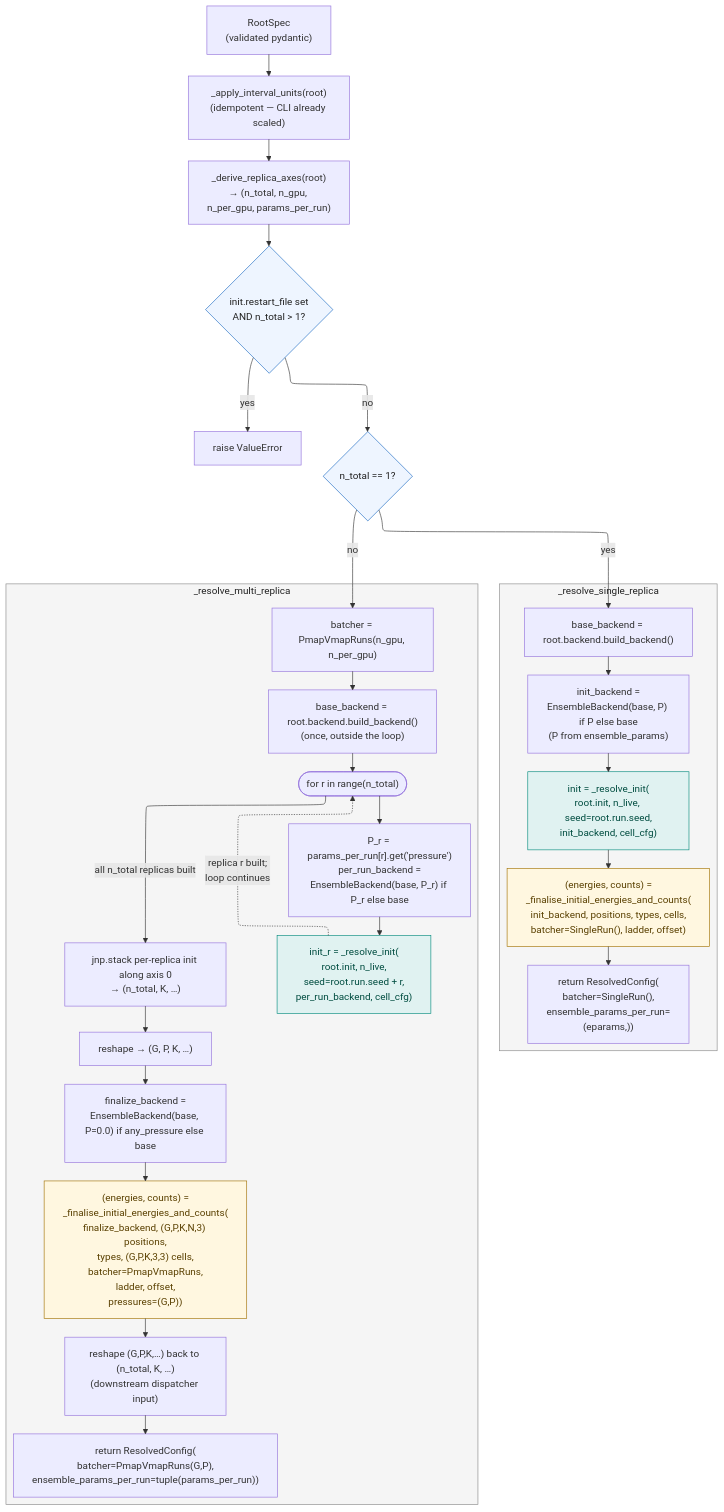
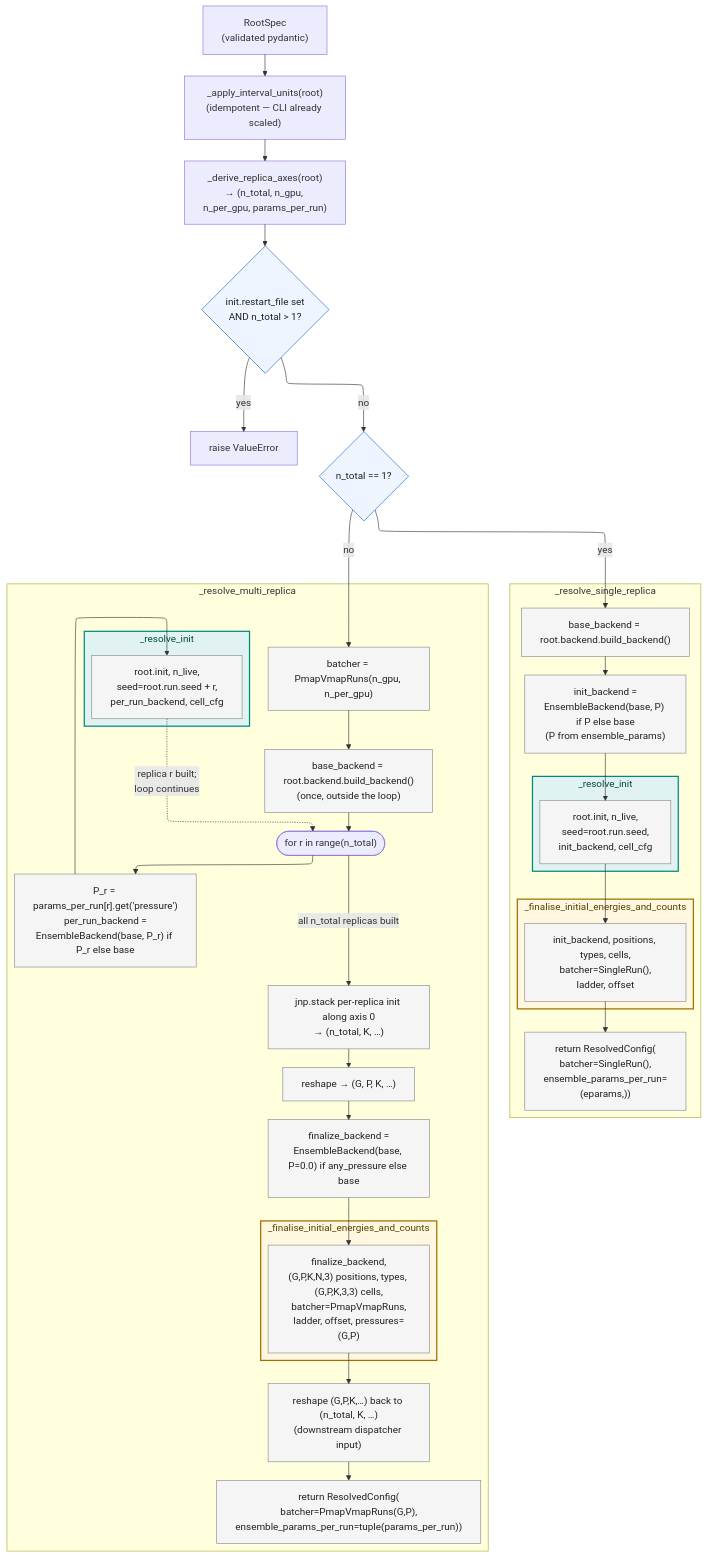
One commit to nunglert/jaxrens changed the fifth of 5 diagrams in docs/user/concepts/schema_resolve.md. Above: the diagram before and after it, drawn with Mermaid. The commit also changed other lines of this file and 13 other files, not shown here.

````diff
--- a/docs/user/concepts/schema_resolve.md
+++ b/docs/user/concepts/schema_resolve.md
@@ -258,10 +262,14 @@
         direction TB
         S1["base_backend = root.backend.build_backend()"]
         S2["init_backend =<br>EnsembleBackend(base, P) if P else base<br>(P from ensemble_params)"]
-        S3["init = _resolve_init(<br>root.init, n_live, seed=root.run.seed,<br>init_backend, cell_cfg)"]
-        S4["(energies, counts) =<br>_finalise_initial_energies_and_counts(<br>init_backend, positions, types, cells,<br>batcher=SingleRun(), ladder, offset)"]
+        subgraph S3box["_resolve_init"]
+            S3in["root.init, n_live,<br>seed=root.run.seed,<br>init_backend, cell_cfg"]
+        end
+        subgraph S4box["_finalise_initial_energies_and_counts"]
+            S4in["init_backend, positions, types, cells,<br>batcher=SingleRun(),<br>ladder, offset"]
+        end
         S5["return ResolvedConfig(<br>batcher=SingleRun(),<br>ensemble_params_per_run=(eparams,))"]
-        S1 --> S2 --> S3 --> S4 --> S5
+        S1 --> S2 --> S3in --> S4in --> S5
     end
 
     %% --- multi-replica branch (resolve.py:1181) ---
@@ -271,32 +279,49 @@
         M2["base_backend = root.backend.build_backend()<br>(once, outside the loop)"]
         M3(["for r in range(n_total)"])
         M3a["P_r = params_per_run[r].get('pressure')<br>per_run_backend =<br>EnsembleBackend(base, P_r) if P_r else base"]
-        M3b["init_r = _resolve_init(<br>root.init, n_live,<br>seed=root.run.seed + r,<br>per_run_backend, cell_cfg)"]
+        subgraph M3box["_resolve_init"]
+            M3bin["root.init, n_live,<br>seed=root.run.seed + r,<br>per_run_backend, cell_cfg"]
+        end
         M4["jnp.stack per-replica init along axis 0<br>→ (n_total, K, …)"]
         M5["reshape → (G, P, K, …)"]
         M6["finalize_backend =<br>EnsembleBackend(base, P=0.0) if any_pressure else base"]
-        M7["(energies, counts) =<br>_finalise_initial_energies_and_counts(<br>finalize_backend, (G,P,K,N,3) positions,<br>types, (G,P,K,3,3) cells,<br>batcher=PmapVmapRuns,<br>ladder, offset,<br>pressures=(G,P))"]
+        subgraph M7box["_finalise_initial_energies_and_counts"]
+            M7in["finalize_backend,<br>(G,P,K,N,3) positions, types, (G,P,K,3,3) cells,<br>batcher=PmapVmapRuns,<br>ladder, offset, pressures=(G,P)"]
+        end
         M8["reshape (G,P,K,…) back to (n_total, K, …)<br>(downstream dispatcher input)"]
         M9["return ResolvedConfig(<br>batcher=PmapVmapRuns(G,P),<br>ensemble_params_per_run=tuple(params_per_run))"]
         M1 --> M2 --> M3
-        M3 --> M3a --> M3b
-        M3b -.->|"replica r built;<br>loop continues"| M3
-        M3 -->|"all n_total replicas built"| M4 --> M5 --> M6 --> M7 --> M8 --> M9
+        M3 --> M3a --> M3bin
+        M3bin -.->|"replica r built;<br>loop continues"| M3
+        M3 -->|"all n_total replicas built"| M4 --> M5 --> M6 --> M7in --> M8 --> M9
     end
 
     BR -- yes --> S1
     BR -- no --> M1
 
     classDef pyBox fill:#f5f5f5,stroke:#888,color:#222
-    classDef initBox fill:#e0f2f1,stroke:#00897b,color:#004d40
-    classDef finBox fill:#fff7e0,stroke:#a07000,color:#5a4000
+    classDef initFrame fill:#e0f2f1,stroke:#00897b,stroke-width:2px,color:#004d40
+    classDef finFrame fill:#fff7e0,stroke:#a07000,stroke-width:2px,color:#5a4000
     classDef decision fill:#eef5ff,stroke:#1565c0,color:#222
-    S:::pyBox
-    M:::pyBox
-    S3:::initBox
-    M3b:::initBox
-    S4:::finBox
-    M7:::finBox
+    S1:::pyBox
+    S2:::pyBox
+    S3in:::pyBox
+    S4in:::pyBox
+    S5:::pyBox
+    M1:::pyBox
+    M2:::pyBox
+    M3a:::pyBox
+    M3bin:::pyBox
+    M4:::pyBox
+    M5:::pyBox
+    M6:::pyBox
+    M7in:::pyBox
+    M8:::pyBox
+    M9:::pyBox
     GUARD:::decision
     BR:::decision
+    class S3box initFrame
+    class M3box initFrame
+    class S4box finFrame
+    class M7box finFrame
 ```
````
